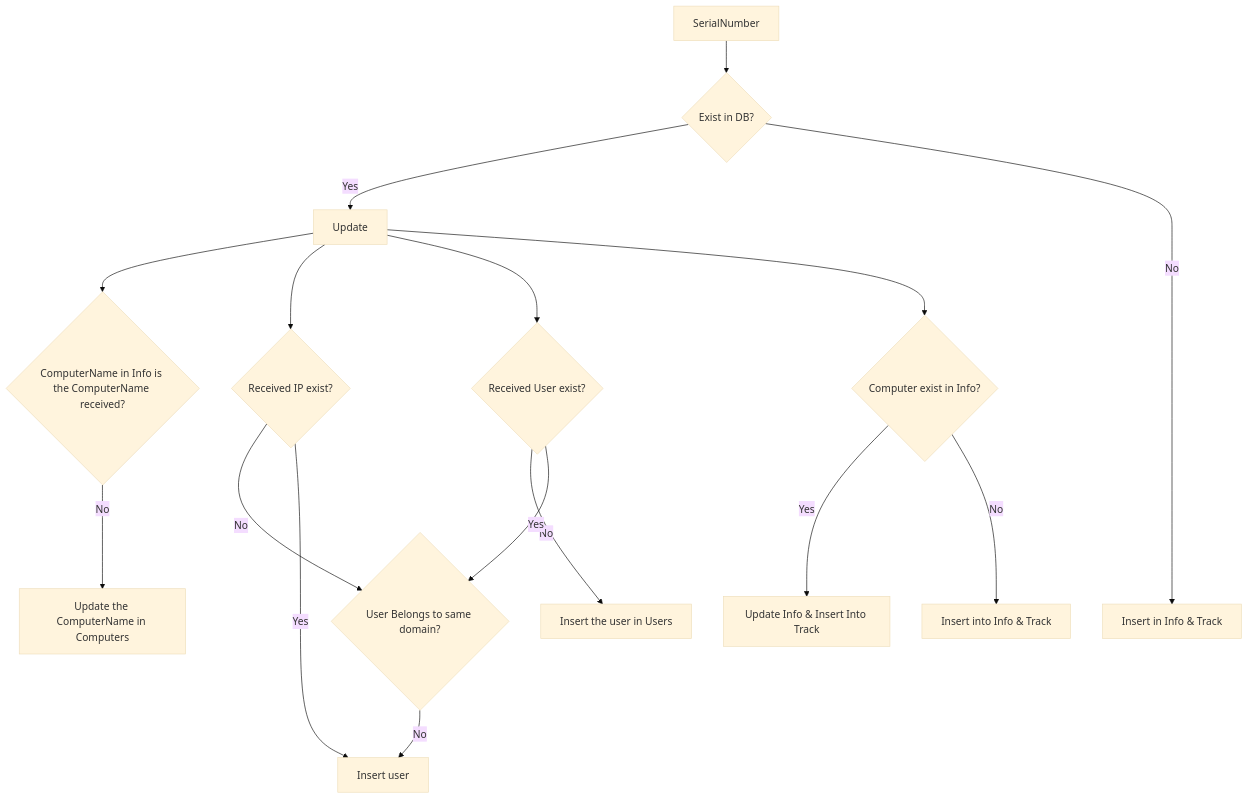
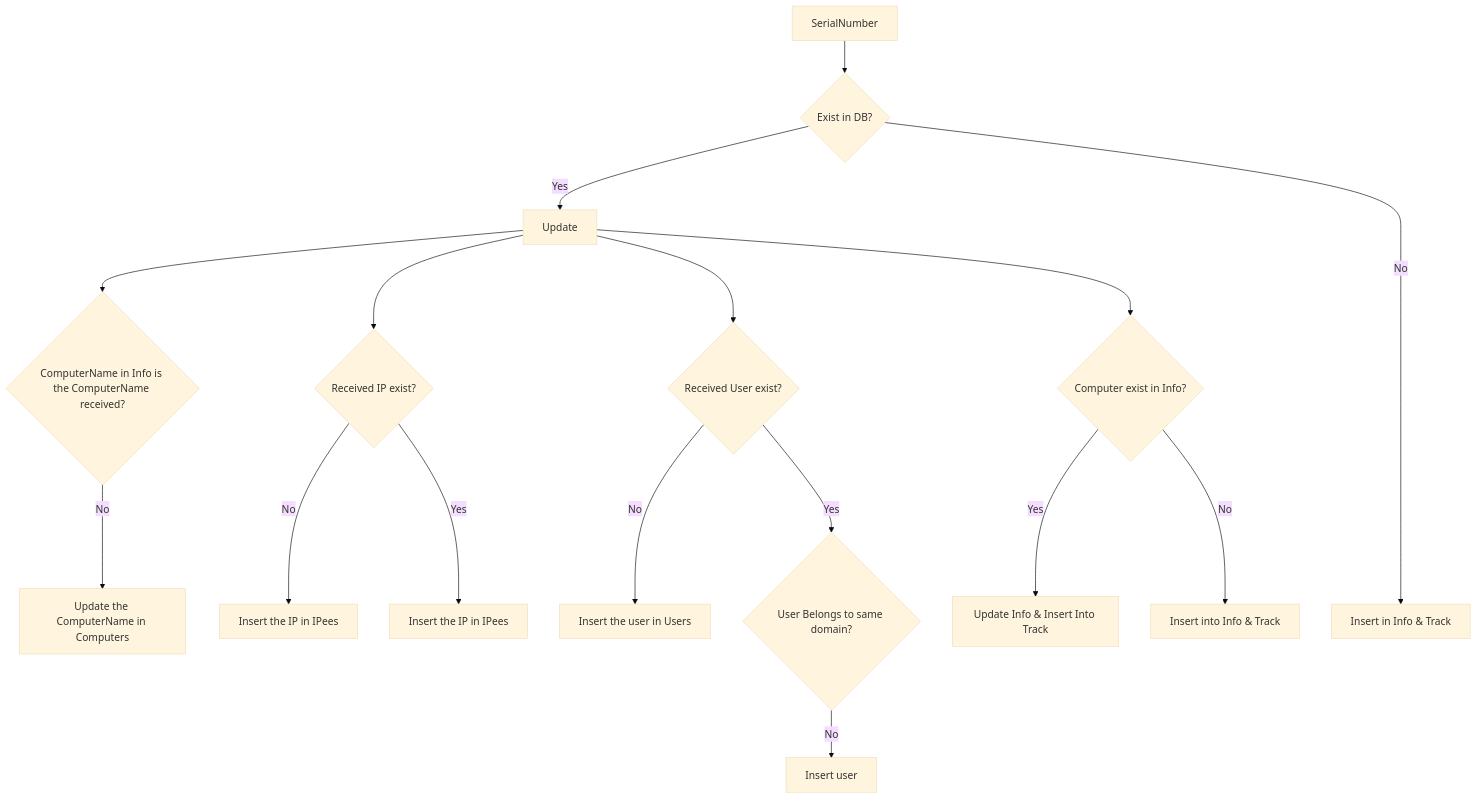
Before and after one commit to YazidEl7/Info_Project: the second of 4 diagrams in README.md, drawn with Mermaid (base theme).

````diff
--- a/README.md
+++ b/README.md
@@ -37,18 +37,18 @@
 ```mermaid
 graph TD;
     A[SerialNumber] --> B{Exist in DB?};
     B -->|Yes| C[Update];
     C --> D{ComputerName in Info is the ComputerName received?};
     D --> |No| F[Update the ComputerName in Computers];
     C --> G{Received IP exist?};
     G --> |No| H[Insert the IP in IPees];
     G --> |Yes| I[Insert the IP in IPees];
     C --> J{Received User exist?};
     J --> |No| K[Insert the user in Users];
-    J --> |Yes| H{User Belongs to same domain?};
-    H --> |No| I[Insert user];
+    J --> |Yes| O{User Belongs to same domain?};
+    O --> |No| P[Insert user];
     C --> L{Computer exist in Info?};
     L --> |Yes| M[Update Info & Insert Into Track];
     L --> |No| N[Insert into Info & Track];
     B ---->|No| E[Insert in Info & Track];
 ```
````
